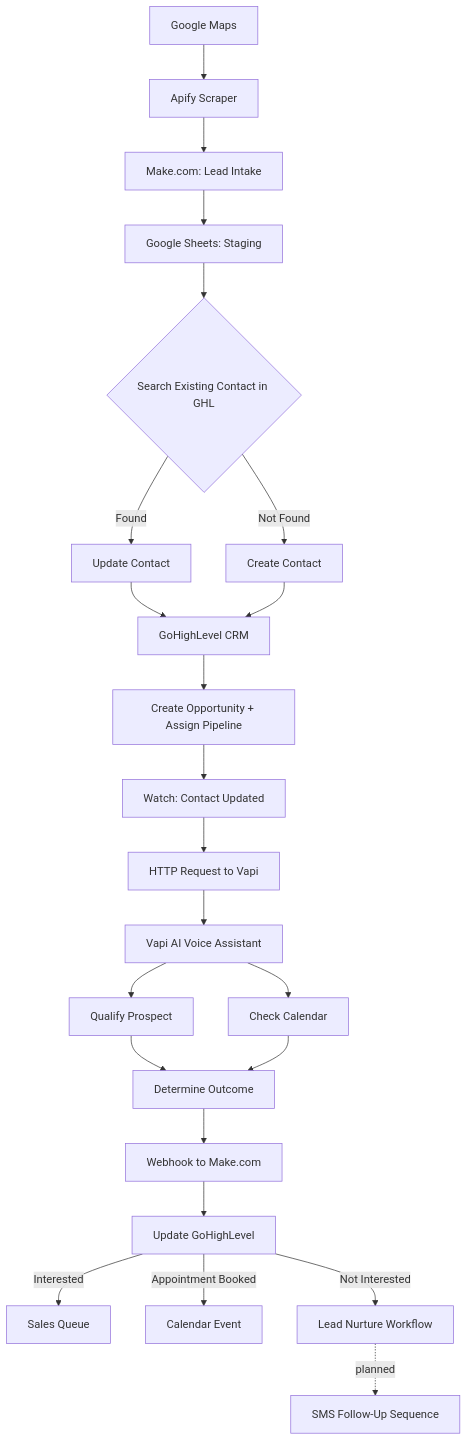
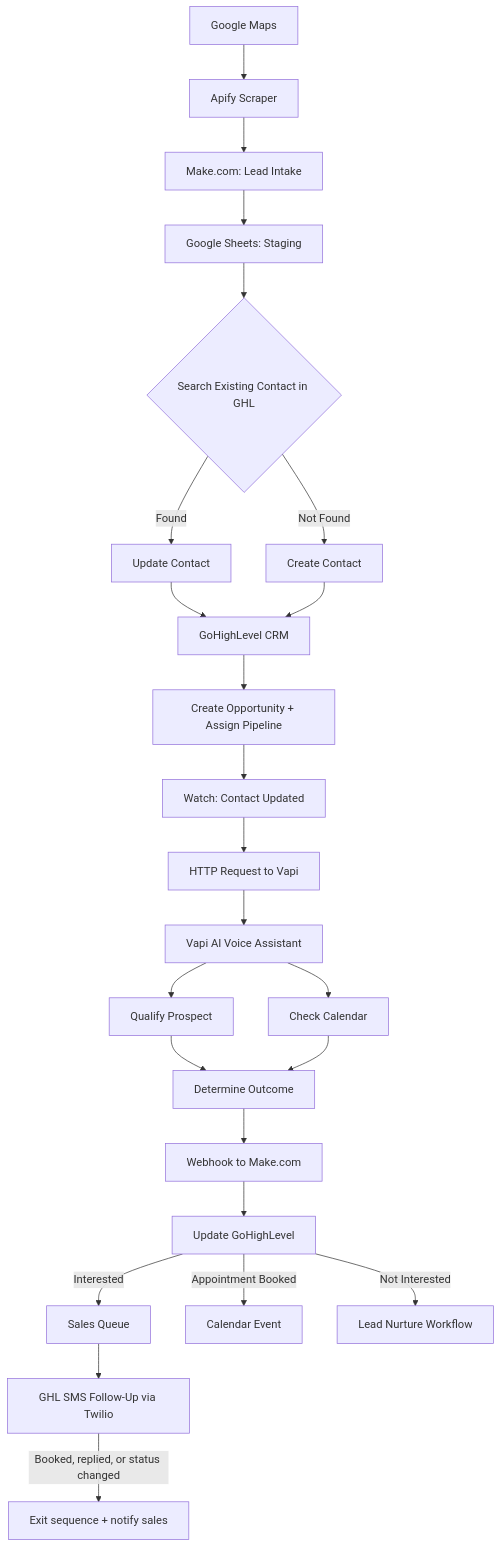
One commit to mariafe-jmbrandify/ai-sales-development-automation changed the diagram in AI_SDR_Workflow_Mapping.md. Above: the diagram before and after it, drawn with Mermaid. The commit also changed other lines of this file and 2 other files, not shown here.

First line of the commit message:
Document live SMS follow-up, Twilio integration, and Vapi prompts

````diff
--- a/AI_SDR_Workflow_Mapping.md
+++ b/AI_SDR_Workflow_Mapping.md
@@ -9,25 +9,26 @@
 ```mermaid
 flowchart TD
     A[Google Maps] --> B[Apify Scraper]
     B --> C[Make.com: Lead Intake]
     C --> D[Google Sheets: Staging]
     D --> E{Search Existing Contact in GHL}
     E -->|Found| F1[Update Contact]
     E -->|Not Found| F2[Create Contact]
     F1 --> G[GoHighLevel CRM]
     F2 --> G
     G --> H[Create Opportunity + Assign Pipeline]
     H --> I[Watch: Contact Updated]
     I --> J[HTTP Request to Vapi]
     J --> K[Vapi AI Voice Assistant]
     K --> K1[Qualify Prospect]
     K --> K2[Check Calendar]
     K1 --> L[Determine Outcome]
     K2 --> L
     L --> M[Webhook to Make.com]
     M --> N[Update GoHighLevel]
     N -->|Interested| O1[Sales Queue]
     N -->|Appointment Booked| O2[Calendar Event]
     N -->|Not Interested| O3[Lead Nurture Workflow]
-    O3 -.planned.-> P[SMS Follow-Up Sequence]
+    O1 --> P[GHL SMS Follow-Up via Twilio]
+    P -->|Booked, replied, or status changed| Q[Exit sequence + notify sales]
 ```
````
